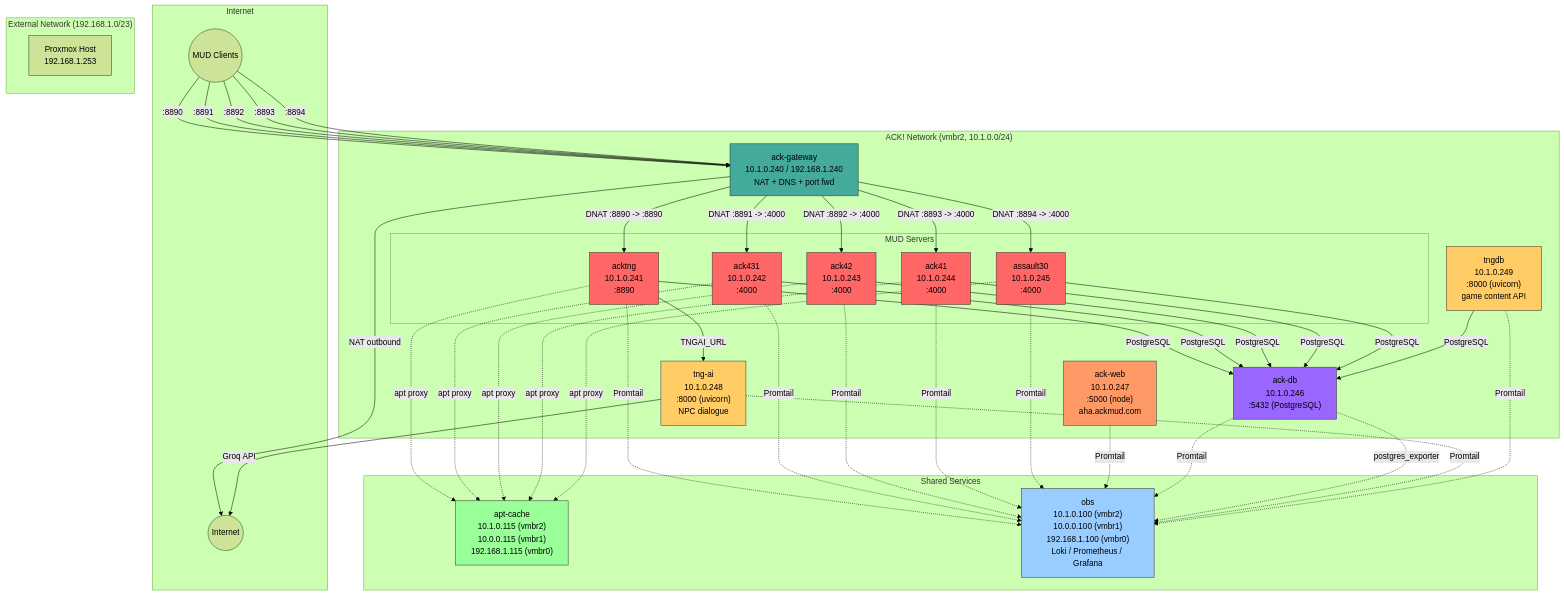
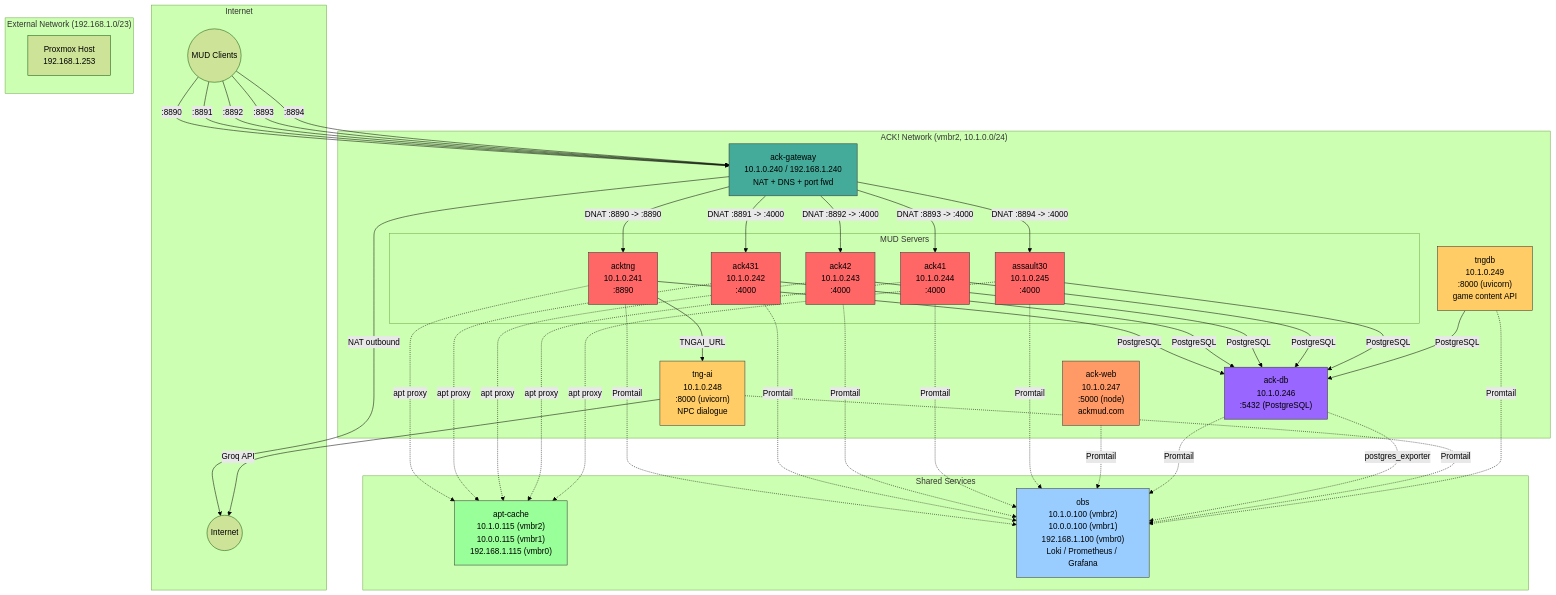
One commit to JBailes/infrastructure changed the first of 3 diagrams in homelab/ack/diagrams.md. Above: the diagram before and after it, drawn with Mermaid (forest theme). The commit also changed other lines of this file and 11 other files, not shown here.

Commit message:
Route ackmud.com to ACK archive

```diff
--- a/homelab/ack/diagrams.md
+++ b/homelab/ack/diagrams.md
@@ -30,7 +30,7 @@
             ASS["assault30<br/>10.1.0.245<br/>:4000"]
         end
 
-        ACKWEB["ack-web<br/>10.1.0.247<br/>:5000 (node)<br/>aha.ackmud.com"]
+        ACKWEB["ack-web<br/>10.1.0.247<br/>:5000 (node)<br/>ackmud.com"]
 
         TNGAI["tng-ai<br/>10.1.0.248<br/>:8000 (uvicorn)<br/>NPC dialogue"]
         TNGDB["tngdb<br/>10.1.0.249<br/>:8000 (uvicorn)<br/>game content API"]
```
